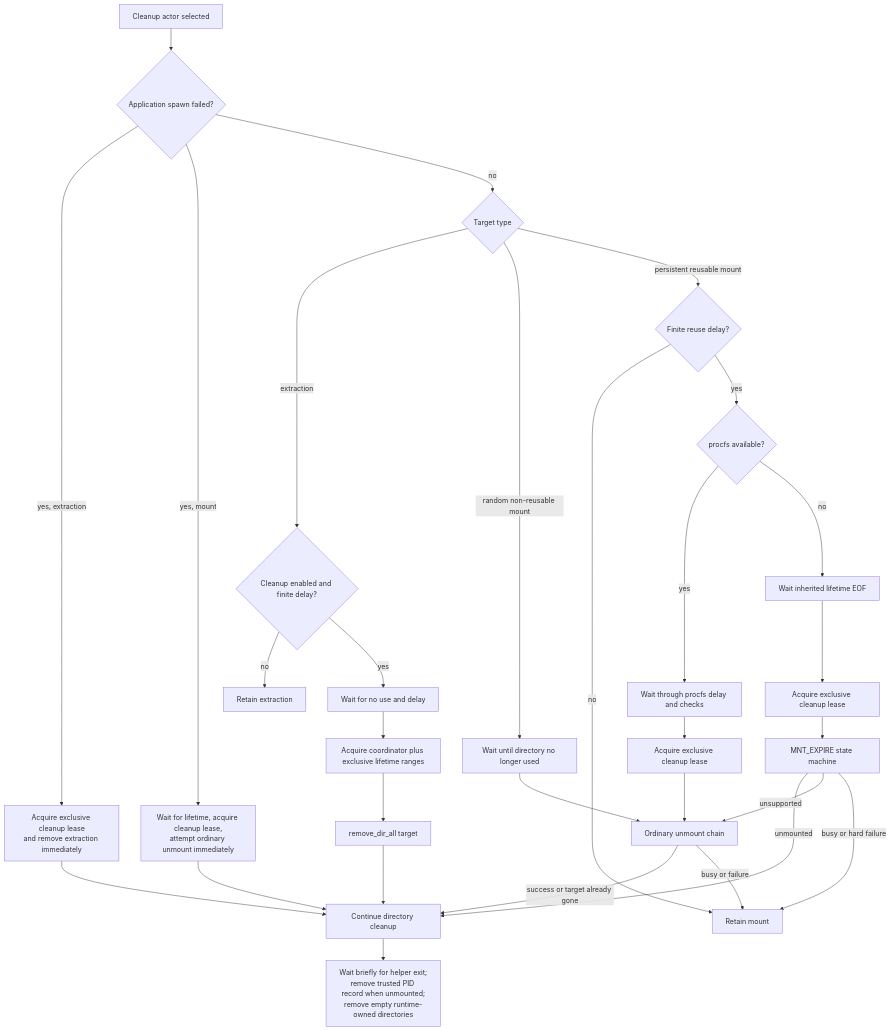
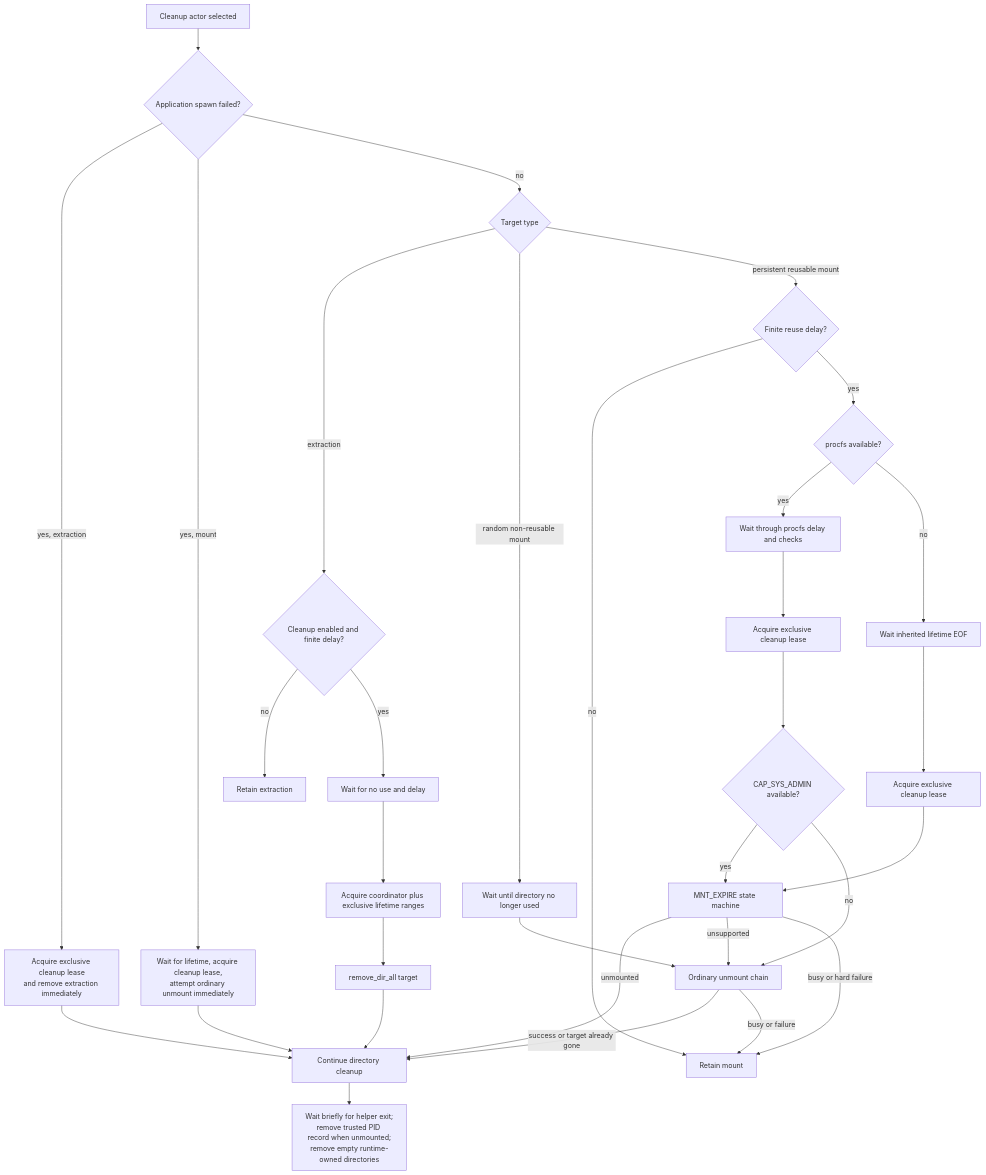
The sixth of 6 diagrams in docs/APPLICATION_LIFECYCLE.md (VHSgunzo/uruntime), drawn with Mermaid before and after one commit. The commit also changed other lines of this file and 10 other files, not shown here.

````diff
--- a/docs/APPLICATION_LIFECYCLE.md
+++ b/docs/APPLICATION_LIFECYCLE.md
@@ -751,32 +749,34 @@
 ```mermaid
 flowchart TD
     A[Cleanup actor selected] --> B{Application spawn failed?}
     B -- yes, extraction --> C[Acquire exclusive cleanup lease<br/>and remove extraction immediately]
     B -- yes, mount --> D[Wait for lifetime, acquire cleanup lease,<br/>attempt ordinary unmount immediately]
     B -- no --> E{Target type}
     E -- extraction --> F{Cleanup enabled and finite delay?}
     F -- no --> R[Retain extraction]
     F -- yes --> G[Wait for no use and delay]
     G --> H[Acquire coordinator plus exclusive lifetime ranges]
     H --> I[remove_dir_all target]
     E -- random non-reusable mount --> J[Wait until directory no longer used]
     J --> K[Ordinary unmount chain]
     E -- persistent reusable mount --> L{Finite reuse delay?}
     L -- no --> R2[Retain mount]
     L -- yes --> M{procfs available?}
     M -- yes --> N[Wait through procfs delay and checks]
     N --> O[Acquire exclusive cleanup lease]
-    O --> K
+    O --> O1{CAP_SYS_ADMIN available?}
+    O1 -- yes --> Q
+    O1 -- no --> K
     M -- no --> P[Wait inherited lifetime EOF]
     P --> O2[Acquire exclusive cleanup lease]
     O2 --> Q[MNT_EXPIRE state machine]
     Q -- unmounted --> S[Continue directory cleanup]
     Q -- unsupported --> K
     Q -- busy or hard failure --> R2
     K -- success or target already gone --> S
     K -- busy or failure --> R2
     C --> S
     D --> S
     I --> S
     S --> T[Wait briefly for helper exit;<br/>remove trusted PID record when unmounted;<br/>remove empty runtime-owned directories]
 ```
````
